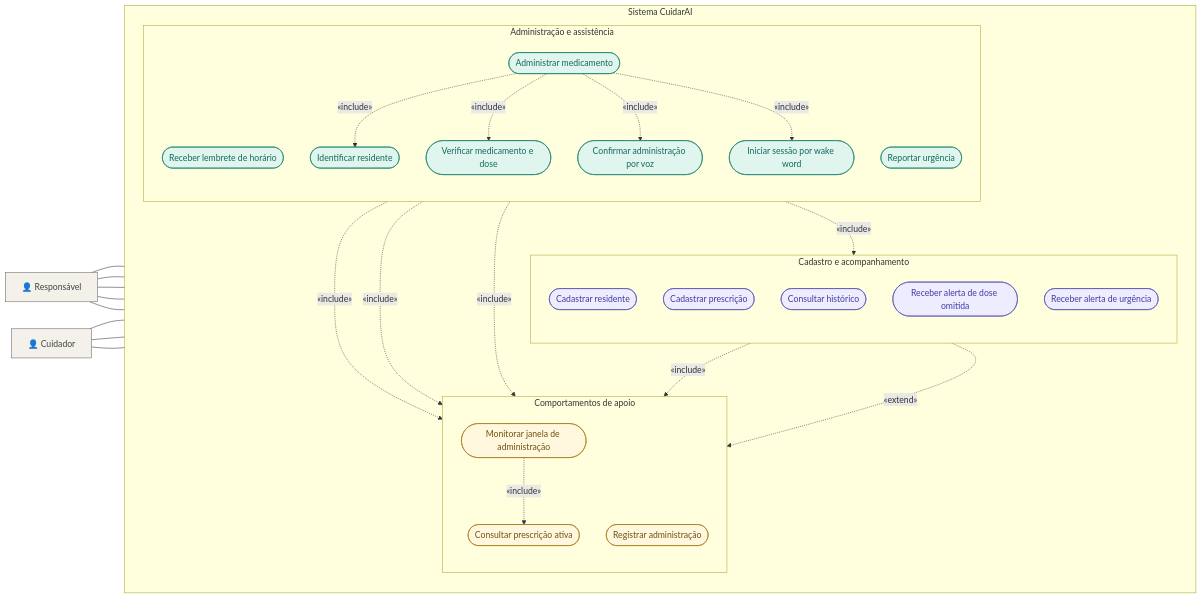
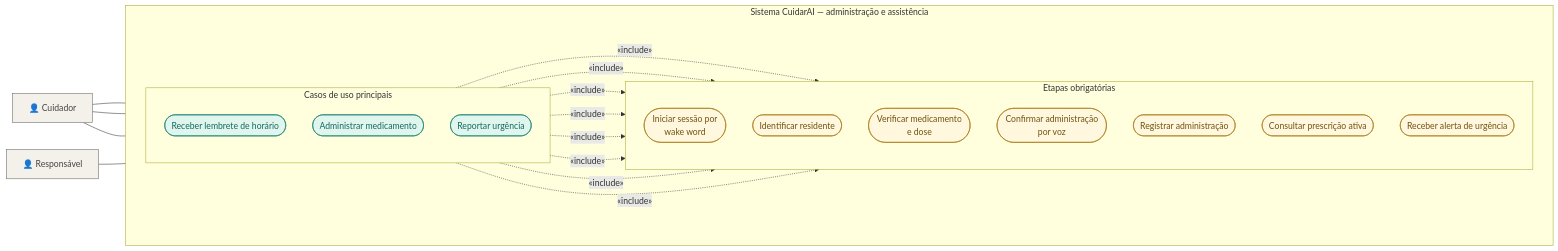
Diagram 24 of 24 in diagramas-mermaid.md (jaimejcs/CuidarAI), drawn with Mermaid before and after one commit. The commit also changed other lines of this file and 6 other files, not shown here.

Commit message:
doc: adicionado os novos svg de diagramas e divisão dos casos de uso em dois diagramas

````diff
--- a/diagramas-mermaid.md
+++ b/diagramas-mermaid.md
@@ -378,67 +420,45 @@
 ```mermaid
 flowchart LR
+    CUIDADOR["👤 Cuidador"]
     RESPONSAVEL["👤 Responsável"]
-    CUIDADOR["👤 Cuidador"]
 
-    subgraph SISTEMA["Sistema CuidarAI"]
-        direction TB
-
-        subgraph GESTAO["Cadastro e acompanhamento"]
-            direction TB
-            UC_CAD_RES([Cadastrar residente])
-            UC_CAD_PRESC([Cadastrar prescrição])
-            UC_HIST([Consultar histórico])
-            UC_ALERTA_OMISSA([Receber alerta de dose omitida])
-            UC_ALERTA_URG([Receber alerta de urgência])
-        end
-
-        subgraph CUIDADO["Administração e assistência"]
+    subgraph SISTEMA["Sistema CuidarAI — administração e assistência"]
+        direction LR
+        subgraph PRINCIPAIS["Casos de uso principais"]
             direction TB
             UC_LEMBRETE([Receber lembrete de horário])
             UC_ADMIN([Administrar medicamento])
-            UC_WAKE([Iniciar sessão por wake word])
-            UC_IDENT([Identificar residente])
-            UC_VERIF([Verificar medicamento e dose])
-            UC_VOZ([Confirmar administração por voz])
             UC_URG([Reportar urgência])
         end
-
-        subgraph APOIO["Comportamentos de apoio"]
+        subgraph ETAPAS["Etapas obrigatórias"]
             direction TB
+            UC_WAKE([Iniciar sessão por<br/>wake word])
+            UC_IDENT([Identificar residente])
+            UC_VERIF([Verificar medicamento<br/>e dose])
+            UC_VOZ([Confirmar administração<br/>por voz])
+            UC_REGISTRAR([Registrar administração])
             UC_CONS_PRESC([Consultar prescrição ativa])
-            UC_MONITORAR([Monitorar janela de administração])
-            UC_REGISTRAR([Registrar administração])
+            UC_ALERTA_URG([Receber alerta de urgência])
         end
     end
-
-    RESPONSAVEL --- UC_CAD_RES
-    RESPONSAVEL --- UC_CAD_PRESC
-    RESPONSAVEL --- UC_HIST
-    RESPONSAVEL --- UC_ALERTA_OMISSA
-    RESPONSAVEL --- UC_ALERTA_URG
 
     CUIDADOR --- UC_LEMBRETE
     CUIDADOR --- UC_ADMIN
     CUIDADOR --- UC_URG
-
-    UC_CAD_PRESC -. "«include»" .-> UC_CONS_PRESC
+    RESPONSAVEL --- UC_ALERTA_URG
     UC_LEMBRETE -. "«include»" .-> UC_CONS_PRESC
+    UC_ADMIN -. "«include»" .-> UC_WAKE
     UC_ADMIN -. "«include»" .-> UC_IDENT
     UC_ADMIN -. "«include»" .-> UC_VERIF
     UC_ADMIN -. "«include»" .-> UC_CONS_PRESC
     UC_ADMIN -. "«include»" .-> UC_VOZ
     UC_ADMIN -. "«include»" .-> UC_REGISTRAR
-    UC_ADMIN -. "«include»" .-> UC_WAKE
-    UC_MONITORAR -. "«include»" .-> UC_CONS_PRESC
-    UC_ALERTA_OMISSA -. "«extend»" .-> UC_MONITORAR
     UC_URG -. "«include»" .-> UC_ALERTA_URG
 
     classDef actor fill:#f4f1ea,stroke:#666,color:#444,stroke-width:1px;
-    classDef management fill:#eeedff,stroke:#5651b5,color:#403ca0;
     classDef care fill:#e1f5ef,stroke:#15806d,color:#126a5b;
     classDef support fill:#fff8df,stroke:#a77a16,color:#70520f;
-    class RESPONSAVEL,CUIDADOR actor;
-    class UC_CAD_RES,UC_CAD_PRESC,UC_HIST,UC_ALERTA_OMISSA,UC_ALERTA_URG management;
-    class UC_LEMBRETE,UC_ADMIN,UC_WAKE,UC_IDENT,UC_VERIF,UC_VOZ,UC_URG care;
-    class UC_CONS_PRESC,UC_MONITORAR,UC_REGISTRAR support;
+    class CUIDADOR,RESPONSAVEL actor;
+    class UC_LEMBRETE,UC_ADMIN,UC_URG care;
+    class UC_WAKE,UC_IDENT,UC_VERIF,UC_VOZ,UC_REGISTRAR,UC_CONS_PRESC,UC_ALERTA_URG support;
 ```
````
